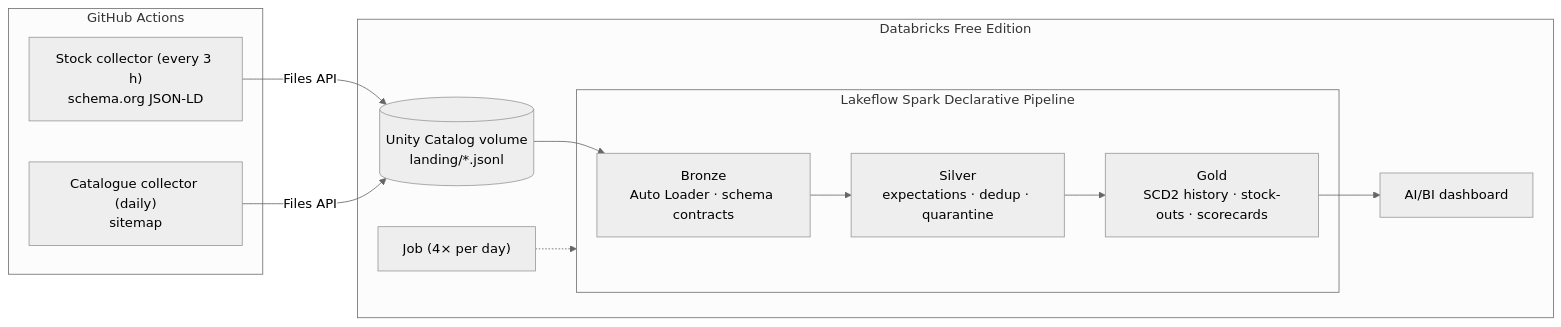
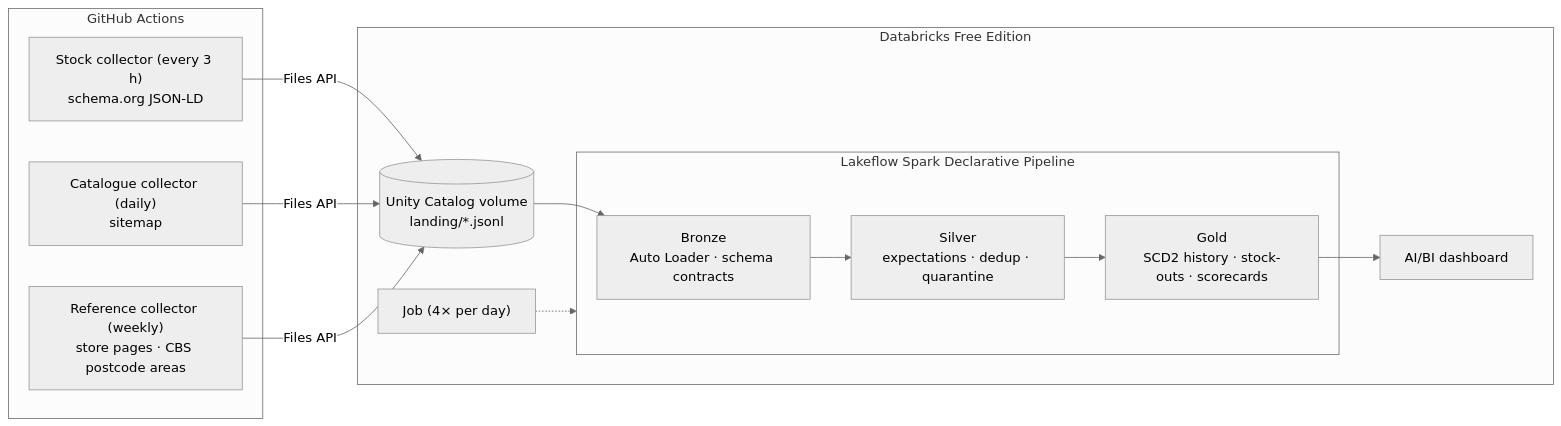
Before and after one commit to BiloTheCat/rituals-radar: the diagram in README.md, drawn with Mermaid (neutral theme). The commit also changed other lines of this file and 19 other files, not shown here.

````diff
--- a/README.md
+++ b/README.md
@@ -18,17 +19,18 @@
 ```mermaid
 flowchart LR
   subgraph GH["GitHub Actions"]
     C1["Stock collector (every 3 h)<br/>schema.org JSON-LD"]
     C2["Catalogue collector (daily)<br/>sitemap"]
+    C3["Reference collector (weekly)<br/>store pages · CBS postcode areas"]
   end
   subgraph DBX["Databricks Free Edition"]
     V[("Unity Catalog volume<br/>landing/*.jsonl")]
     subgraph P["Lakeflow Spark Declarative Pipeline"]
       B["Bronze<br/>Auto Loader · schema contracts"] --> S["Silver<br/>expectations · dedup · quarantine"]
       S --> G["Gold<br/>SCD2 history · stock-outs · scorecards"]
     end
     J["Job (4× per day)"] -.-> P
     G --> D["AI/BI dashboard"]
   end
-  C1 & C2 -->|"Files API"| V --> B
+  C1 & C2 & C3 -->|"Files API"| V --> B
 ```
````
